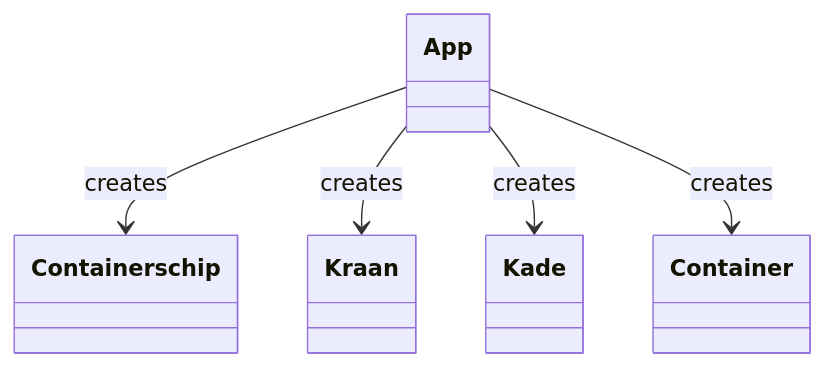
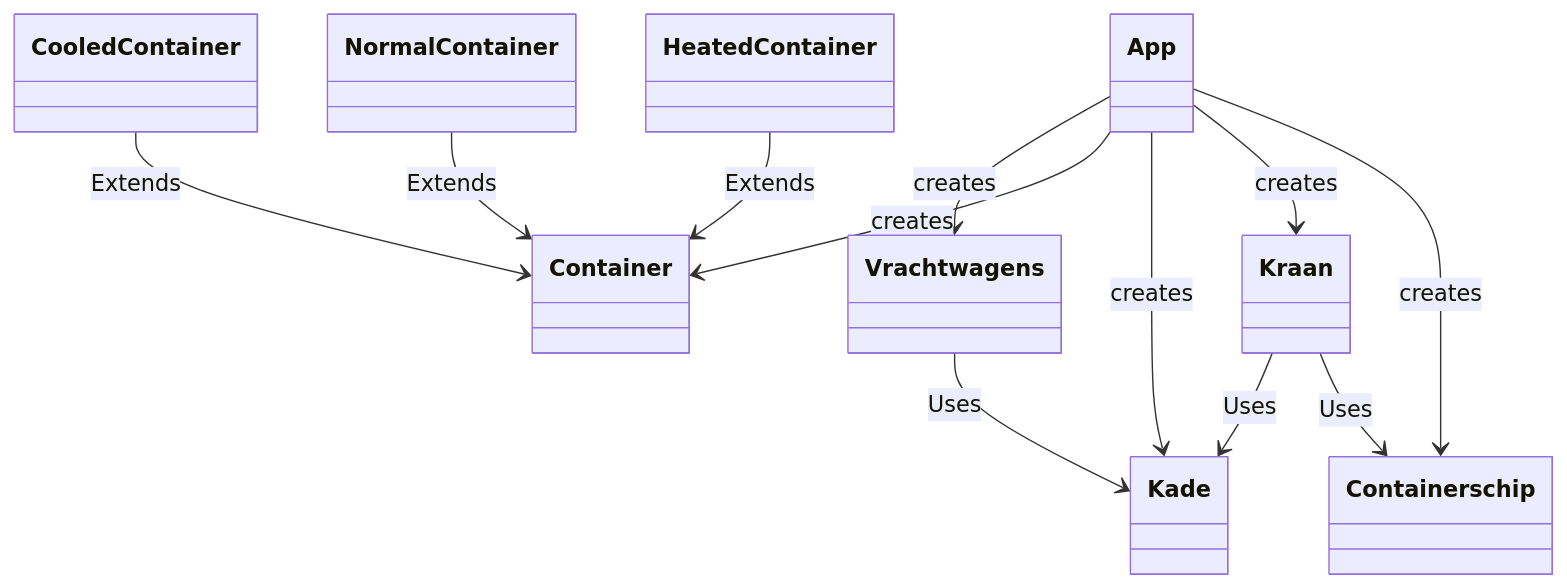
One commit to RockFreakRickerd/SameCodeDifferentLanguagues changed the second of 2 diagrams in ShipQuay/README.md. Above: the diagram before and after it, drawn with Mermaid.

````diff
--- a/ShipQuay/README.md
+++ b/ShipQuay/README.md
@@ -46,7 +46,14 @@
 ```mermaid
 classDiagram
   App --> Containerschip : creates
   App --> Kraan : creates
   App --> Kade : creates
   App --> Container : creates
+  App --> Vrachtwagens: creates
+  Vrachtwagens --> Kade : Uses
+  Kraan --> Containerschip : Uses
+  Kraan --> Kade : Uses
+  HeatedContainer --> Container : Extends
+  NormalContainer --> Container : Extends
+  CooledContainer --> Container : Extends
 ```
````
